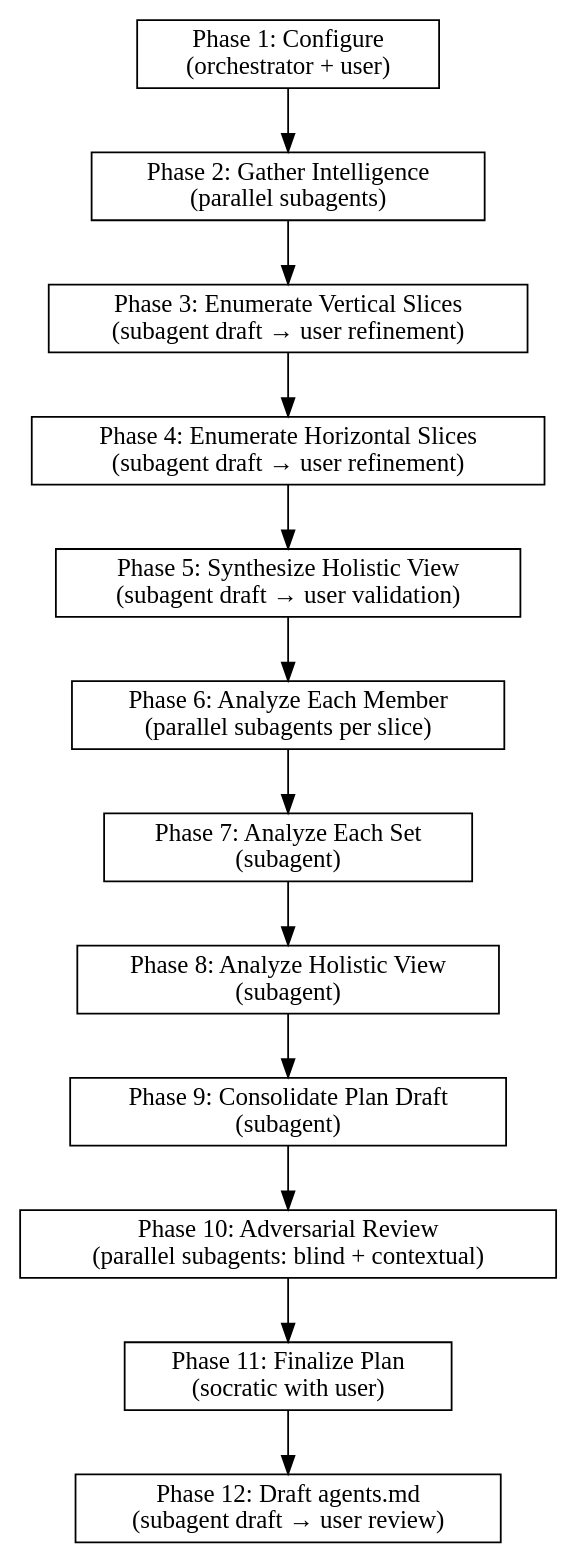
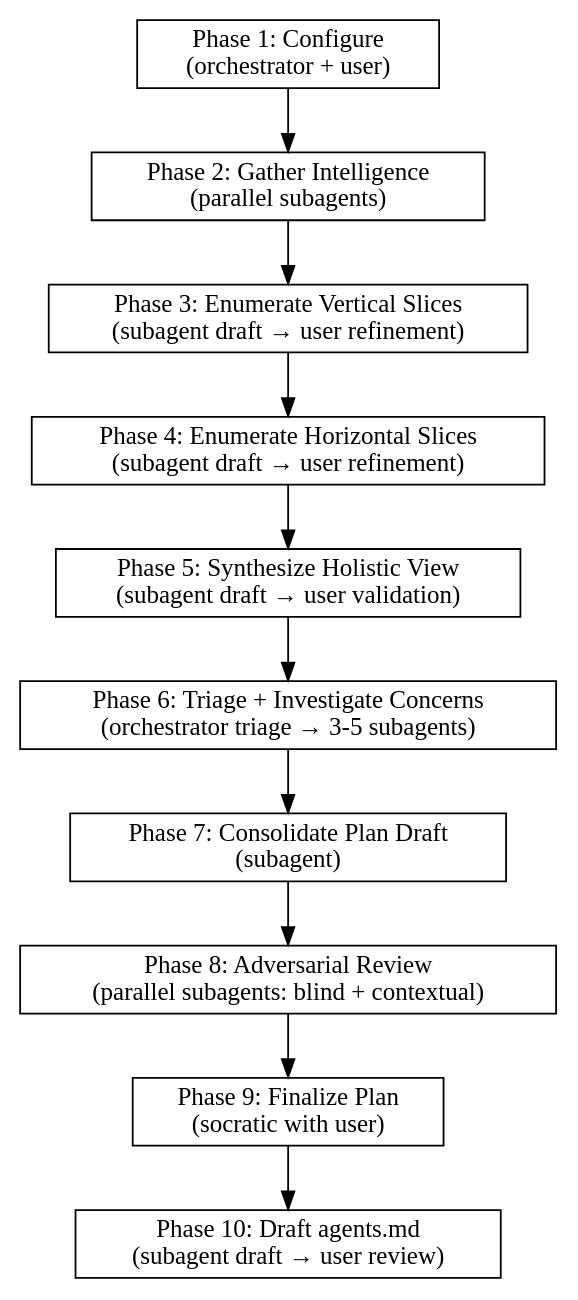
Before and after one commit to cartwmic/dotfiles: the diagram in dot_local/share/agent-harness/canonical/skills/desloppify/SKILL.md, drawn with Graphviz. The commit also changed other lines of this file and 32 other files, not shown here.

````diff
--- a/dot_local/share/agent-harness/canonical/skills/desloppify/SKILL.md
+++ b/dot_local/share/agent-harness/canonical/skills/desloppify/SKILL.md
@@ -38,30 +38,26 @@
 ```dot
 digraph desloppify {
     rankdir=TB;
 
     phase1 [label="Phase 1: Configure\n(orchestrator + user)" shape=box];
     phase2 [label="Phase 2: Gather Intelligence\n(parallel subagents)" shape=box];
     phase3 [label="Phase 3: Enumerate Vertical Slices\n(subagent draft → user refinement)" shape=box];
     phase4 [label="Phase 4: Enumerate Horizontal Slices\n(subagent draft → user refinement)" shape=box];
     phase5 [label="Phase 5: Synthesize Holistic View\n(subagent draft → user validation)" shape=box];
-    phase6 [label="Phase 6: Analyze Each Member\n(parallel subagents per slice)" shape=box];
-    phase7 [label="Phase 7: Analyze Each Set\n(subagent)" shape=box];
-    phase8 [label="Phase 8: Analyze Holistic View\n(subagent)" shape=box];
-    phase9 [label="Phase 9: Consolidate Plan Draft\n(subagent)" shape=box];
-    phase10 [label="Phase 10: Adversarial Review\n(parallel subagents: blind + contextual)" shape=box];
-    phase11 [label="Phase 11: Finalize Plan\n(socratic with user)" shape=box];
-    phase12 [label="Phase 12: Draft agents.md\n(subagent draft → user review)" shape=box];
+    phase6 [label="Phase 6: Triage + Investigate Concerns\n(orchestrator triage → 3-5 subagents)" shape=box];
+    phase7 [label="Phase 7: Consolidate Plan Draft\n(subagent)" shape=box];
+    phase8 [label="Phase 8: Adversarial Review\n(parallel subagents: blind + contextual)" shape=box];
+    phase9 [label="Phase 9: Finalize Plan\n(socratic with user)" shape=box];
+    phase10 [label="Phase 10: Draft agents.md\n(subagent draft → user review)" shape=box];
 
     phase1 -> phase2;
     phase2 -> phase3;
     phase3 -> phase4;
     phase4 -> phase5;
     phase5 -> phase6;
     phase6 -> phase7;
     phase7 -> phase8;
     phase8 -> phase9;
     phase9 -> phase10;
-    phase10 -> phase11;
-    phase11 -> phase12;
 }
 ```
````
